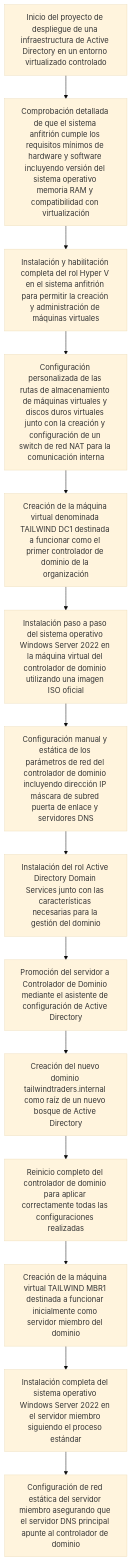
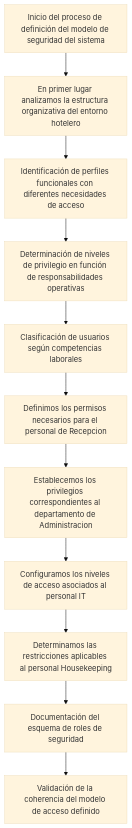
Before and after one commit to lidnavlop/SMR2-SOR-HOTEL_VALENCLOUD: the first of 8 diagrams in Proyecto guiado (Lidia Navarro).md, drawn with Mermaid (base theme). The commit also changed other lines of this file, not shown here.

First line of the commit message:
PROYECTO SAMBA

````diff
--- a/Proyecto guiado (Lidia Navarro).md
+++ b/Proyecto guiado (Lidia Navarro).md
@@ -2,17 +4,15 @@
 ```mermaid
 flowchart TD
-    A[Inicio del proyecto de despliegue de una infraestructura de Active Directory en un entorno virtualizado controlado] --> B[Comprobación detallada de que el sistema anfitrión cumple los requisitos mínimos de hardware y software incluyendo versión del sistema operativo memoria RAM y compatibilidad con virtualización]
-    B --> C[Instalación y habilitación completa del rol Hyper V en el sistema anfitrión para permitir la creación y administración de máquinas virtuales]
-    C --> D[Configuración personalizada de las rutas de almacenamiento de máquinas virtuales y discos duros virtuales junto con la creación y configuración de un switch de red NAT para la comunicación interna]
-    D --> E[Creación de la máquina virtual denominada TAILWIND DC1 destinada a funcionar como el primer controlador de dominio de la organización]
-    E --> F[Instalación paso a paso del sistema operativo Windows Server 2022 en la máquina virtual del controlador de dominio utilizando una imagen ISO oficial]
-    F --> G[Configuración manual y estática de los parámetros de red del controlador de dominio incluyendo dirección IP máscara de subred puerta de enlace y servidores DNS]
-    G --> H[Instalación del rol Active Directory Domain Services junto con las características necesarias para la gestión del dominio]
-    H --> I[Promoción del servidor a Controlador de Dominio mediante el asistente de configuración de Active Directory]
-    I --> J[Creación del nuevo dominio tailwindtraders.internal como raíz de un nuevo bosque de Active Directory]
-    J --> K[Reinicio completo del controlador de dominio para aplicar correctamente todas las configuraciones realizadas]
+    A[Inicio del proceso de definición del modelo de seguridad del sistema] --> B[En primer lugar analizamos la estructura organizativa del entorno hotelero]
+    B --> C[Identificación de perfiles funcionales con diferentes necesidades de acceso]
+    C --> D[Determinación de niveles de privilegio en función de responsabilidades operativas]
+    D --> E[Clasificación de usuarios según competencias laborales]
 
-    K --> L[Creación de la máquina virtual TAILWIND MBR1 destinada a funcionar inicialmente como servidor miembro del dominio]
-    L --> M[Instalación completa del sistema operativo Windows Server 2022 en el servidor miembro siguiendo el proceso estándar]
-    M --> N[Configuración de red estática del servidor miembro asegurando que el servidor DNS principal apunte al controlador de dominio]
+    E --> F[Definimos los permisos necesarios para el personal de Recepcion]
+    F --> G[Establecemos los privilegios correspondientes al departamento de Administracion]
+    G --> H[Configuramos los niveles de acceso asociados al personal IT]
+    H --> I[Determinamos las restricciones aplicables al personal Housekeeping]
+
+    I --> J[Documentación del esquema de roles de seguridad]
+    J --> K[Validación de la coherencia del modelo de acceso definido]
 ```
````
